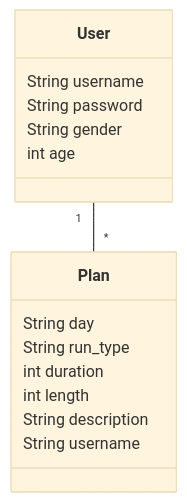
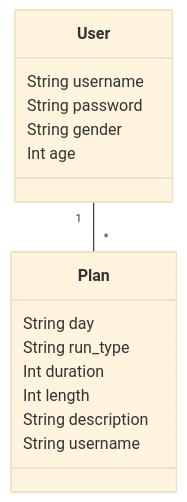
One commit to ah-pasila/ot-running-calendar changed the first of 2 diagrams in dokumentaatio/arkkitehtuuri.md. Above: the diagram before and after it, drawn with Mermaid (base theme). The commit also changed other lines of this file and 5 other files, not shown here.

````diff
--- a/dokumentaatio/arkkitehtuuri.md
+++ b/dokumentaatio/arkkitehtuuri.md
@@ -19,20 +19,20 @@
 ```mermaid
  classDiagram
     User "1" -- "*" Plan
 
     class User{
         String username
         String password
         String gender
-        int age
+        Int age
     }
 
     class Plan{
         String day
         String run_type
-        int duration
-        int length
+        Int duration
+        Int length
         String description
         String username
     }
 ```
````
